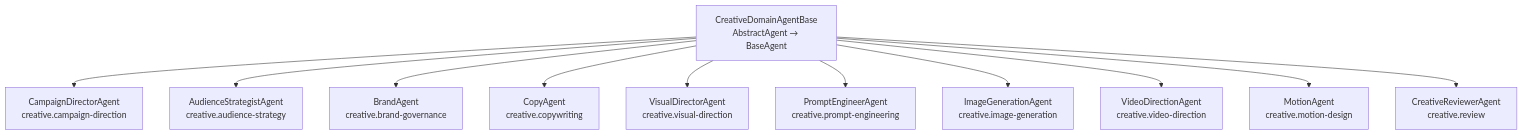
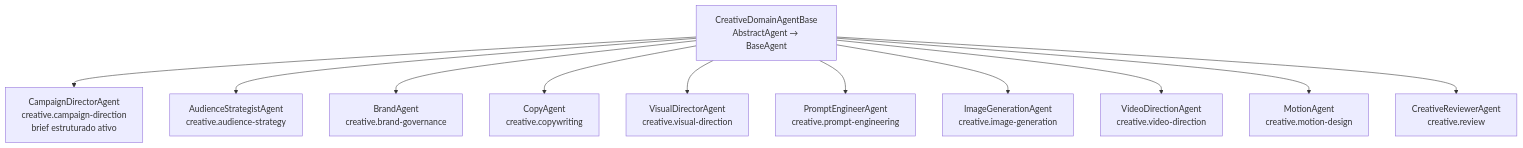
The fourth of 5 diagrams in docs/CREATIVE_DOMAIN.md (eltonjr13/kaoz.1), drawn with Mermaid before and after one commit. The commit also changed other lines of this file and 16 other files, not shown here.

Commit message:
creative domain multi-agent architecture and core director agents

````diff
--- a/docs/CREATIVE_DOMAIN.md
+++ b/docs/CREATIVE_DOMAIN.md
@@ -109,14 +109,14 @@
 ```mermaid
 flowchart TB
     BASE["CreativeDomainAgentBase<br/>AbstractAgent → BaseAgent"]
-    BASE --> CDIR["CampaignDirectorAgent<br/>creative.campaign-direction"]
+    BASE --> CDIR["CampaignDirectorAgent<br/>creative.campaign-direction<br/>brief estruturado ativo"]
     BASE --> AUD["AudienceStrategistAgent<br/>creative.audience-strategy"]
     BASE --> BRAND["BrandAgent<br/>creative.brand-governance"]
     BASE --> COPY["CopyAgent<br/>creative.copywriting"]
     BASE --> VIS["VisualDirectorAgent<br/>creative.visual-direction"]
     BASE --> PROMPT["PromptEngineerAgent<br/>creative.prompt-engineering"]
     BASE --> IMG["ImageGenerationAgent<br/>creative.image-generation"]
     BASE --> VIDEO["VideoDirectionAgent<br/>creative.video-direction"]
     BASE --> MOTION["MotionAgent<br/>creative.motion-design"]
     BASE --> REVIEW["CreativeReviewerAgent<br/>creative.review"]
 ```
````
